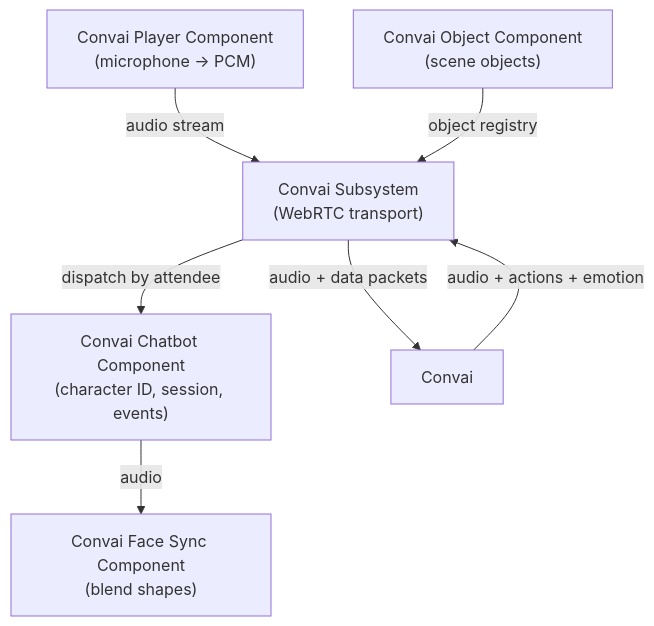
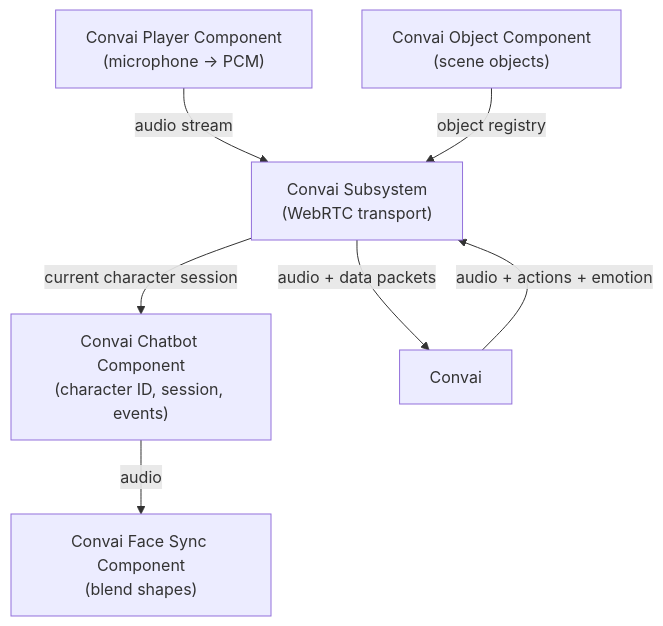
One commit to Conv-AI/Convai-Documentation changed the diagram in plugins-and-integrations/convai-unreal-engine-plugin/core-concepts/README.md. Above: the diagram before and after it, drawn with Mermaid. The commit also changed other lines of this file and 54 other files, not shown here.

````diff
--- a/plugins-and-integrations/convai-unreal-engine-plugin/core-concepts/README.md
+++ b/plugins-and-integrations/convai-unreal-engine-plugin/core-concepts/README.md
@@ -29,16 +29,16 @@
 ```mermaid
 graph TD
     P["Convai Player Component\n(microphone → PCM)"]
     C["Convai Chatbot Component\n(character ID, session, events)"]
     S["Convai Subsystem\n(WebRTC transport)"]
     O["Convai Object Component\n(scene objects)"]
     F["Convai Face Sync Component\n(blend shapes)"]
     Convai["Convai"]
 
     P -->|"audio stream"| S
     S -->|"audio + data packets"| Convai
     Convai -->|"audio + actions + emotion"| S
-    S -->|"dispatch by attendee"| C
+    S -->|"current character session"| C
     C -->|"audio"| F
     O -->|"object registry"| S
 ```
````
